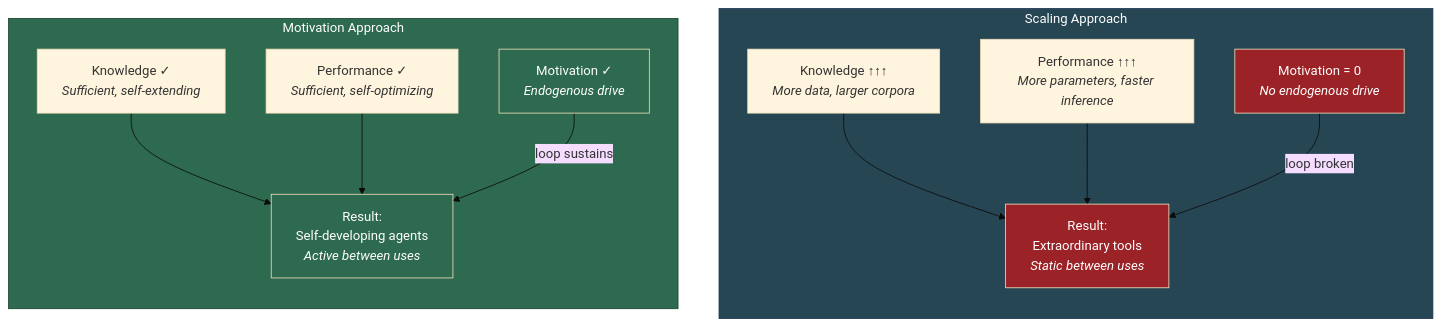
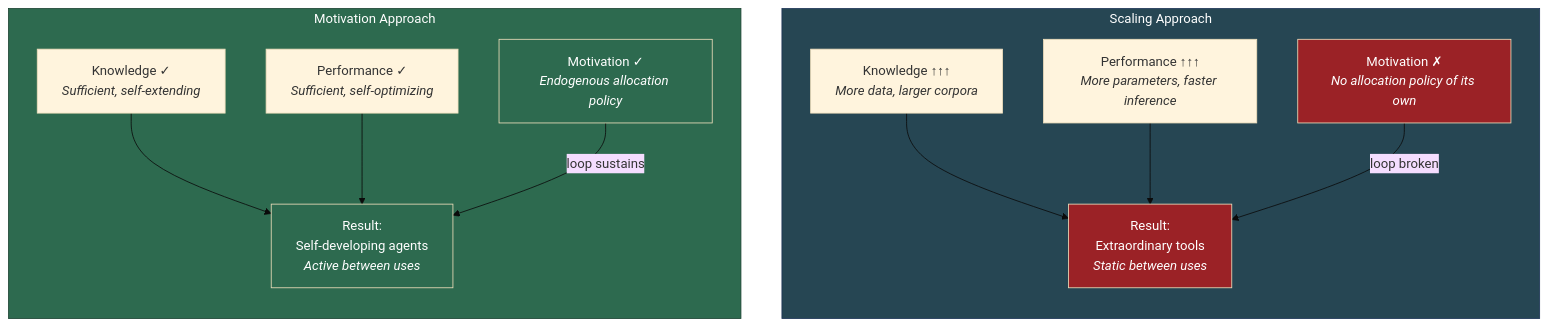
The diagram in wiki/ai-consciousness/path-through-motivation.md (JeltzProstetnic/aIware), drawn with Mermaid (base theme) before and after one commit. The commit also changed other lines of this file and 124 other files, not shown here.

````diff
--- a/wiki/ai-consciousness/path-through-motivation.md
+++ b/wiki/ai-consciousness/path-through-motivation.md
@@ -40,33 +42,33 @@
 ```mermaid
 graph TB
     subgraph scaling["Scaling Approach"]
         direction TB
         SK["Knowledge ↑↑↑<br/><i>More data, larger corpora</i>"]
         SP["Performance ↑↑↑<br/><i>More parameters, faster inference</i>"]
-        SM["Motivation = 0<br/><i>No endogenous drive</i>"]
+        SM["Motivation ✗<br/><i>No allocation policy of its own</i>"]
         SR["Result:<br/>Extraordinary tools<br/><i>Static between uses</i>"]
     end
 
     subgraph motivation["Motivation Approach"]
         direction TB
         MK["Knowledge ✓<br/><i>Sufficient, self-extending</i>"]
         MP["Performance ✓<br/><i>Sufficient, self-optimizing</i>"]
-        MM["Motivation ✓<br/><i>Endogenous drive</i>"]
+        MM["Motivation ✓<br/><i>Endogenous allocation policy</i>"]
         MR["Result:<br/>Self-developing agents<br/><i>Active between uses</i>"]
     end
 
     SK --> SR
     SP --> SR
     SM -->|"loop broken"| SR
 
     MK --> MR
     MP --> MR
     MM -->|"loop sustains"| MR
 
     style scaling fill:#264653,color:#fff,stroke:#1d3557
     style motivation fill:#2d6a4f,color:#fff,stroke:#1b4332
     style SR fill:#9b2226,color:#fff
     style MR fill:#2d6a4f,color:#fff
     style SM fill:#9b2226,color:#fff
     style MM fill:#2d6a4f,color:#fff
 ```
````
